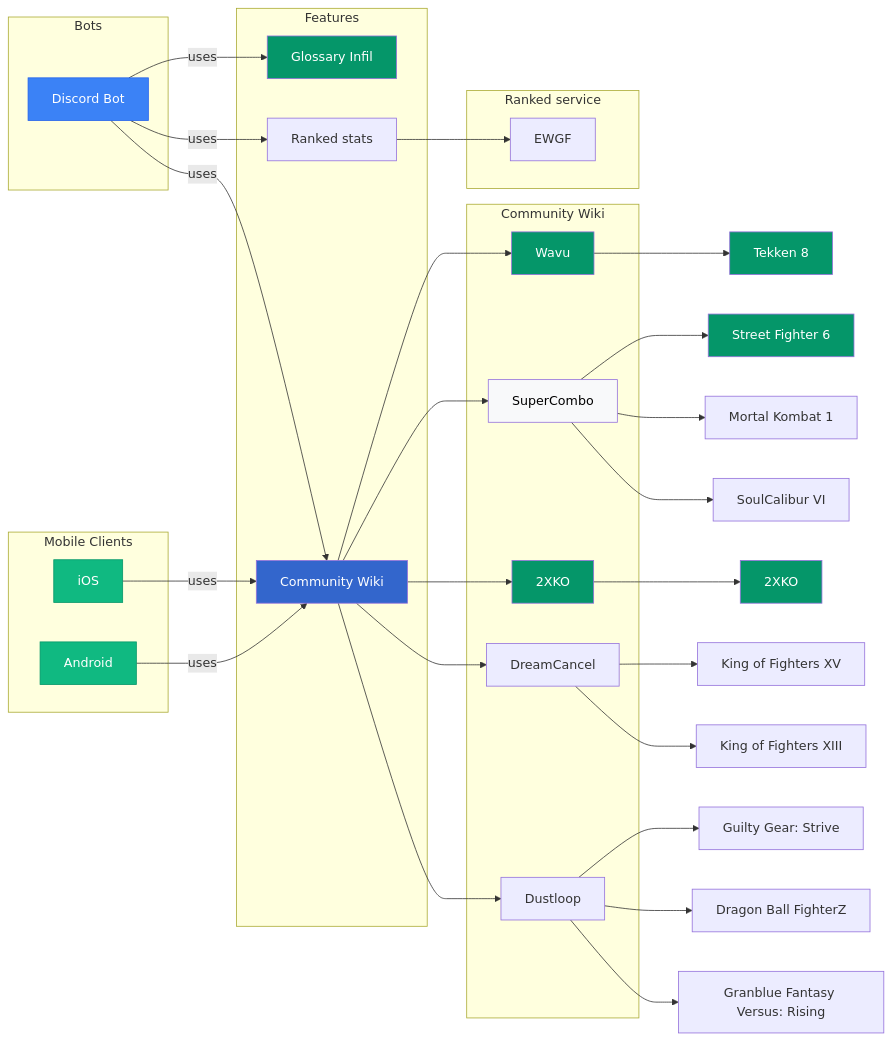
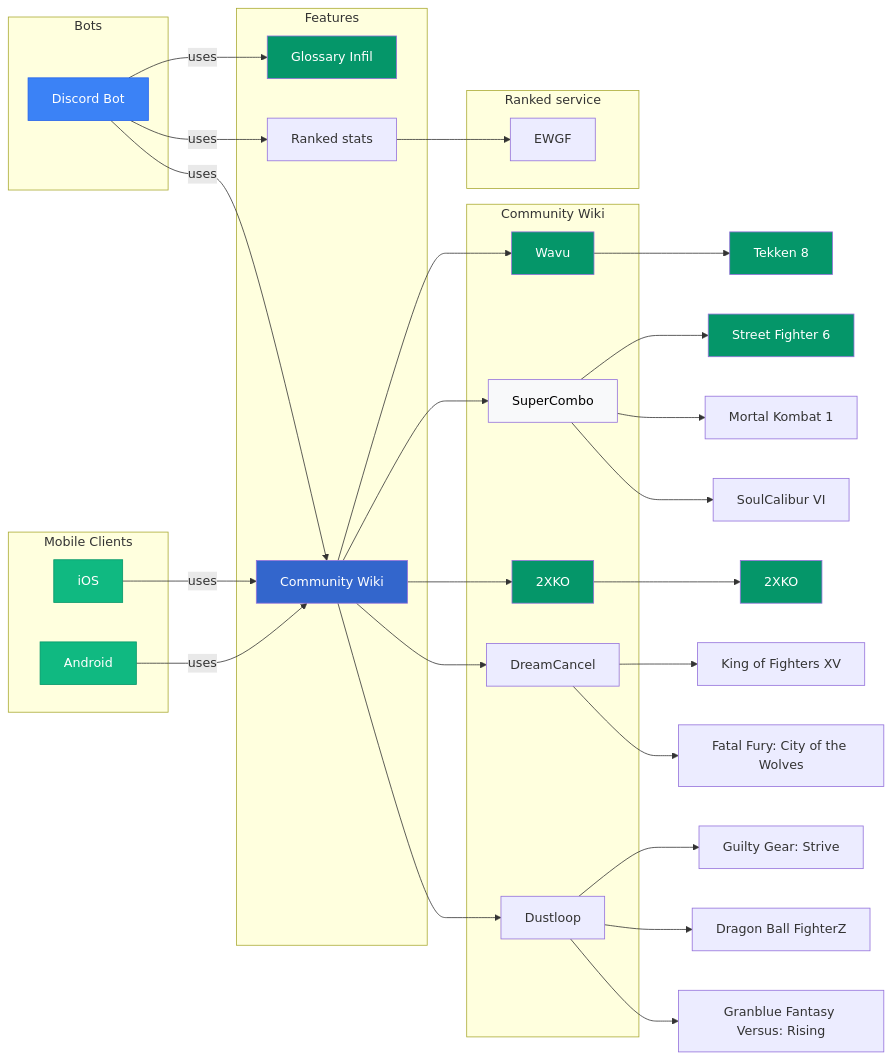
The diagram in README.md (Sophon/FightingNerd), drawn with Mermaid before and after one commit. The commit also changed 1 other file, not shown here.

Commit message:
doc (readme): content

````diff
--- a/README.md
+++ b/README.md
@@ -22,68 +22,68 @@
 ```mermaid
 graph LR
   subgraph Bots
     discordBot[Discord Bot]
   end
 
   subgraph "Mobile Clients"
     android[Android]
     iOS[iOS]
   end
 
   subgraph Features
     glossaryInfil[Glossary Infil]
     communityWiki[Community Wiki]
     elo[Ranked stats]
   end
 
   subgraph Community Wiki
     wikiWavu[Wavu]
     supercombo[SuperCombo]
     2xko[2XKO]
     dustloop[Dustloop]
     dreamcancel[DreamCancel]
   end
 
   subgraph Ranked service
     ewgf[EWGF]
   end
 
   android -->|uses| communityWiki
   iOS -->|uses| communityWiki
 
   discordBot -->|uses| glossaryInfil
   discordBot -->|uses| communityWiki
   discordBot -->|uses| elo
 
   communityWiki --> wikiWavu
   communityWiki --> supercombo
   communityWiki --> 2xko
   communityWiki --> dreamcancel
   communityWiki --> dustloop
 
   elo --> ewgf
 
   wikiWavu --> t8[Tekken 8]
   supercombo --> sf6[Street Fighter 6]
   supercombo --> mk1[Mortal Kombat 1]
   supercombo --> sc6[SoulCalibur VI]
   dustloop --> ggst[Guilty Gear: Strive]
   dustloop --> dbfz[Dragon Ball FighterZ]
   dustloop --> gbvsr[Granblue Fantasy Versus: Rising]
   2xko --> xko[2XKO]
   dreamcancel --> kof15[King of Fighters XV]
-  dreamcancel --> kof13[King of Fighters XIII]
+  dreamcancel --> cotw[Fatal Fury: City of the Wolves]
 
 
   style discordBot fill:#3B82F6,stroke:#2563EB,color:#fff
   style android fill:#10B981,stroke:#059669,color:#fff
   style iOS fill:#10B981,stroke:#059669,color:#fff
   style glossaryInfil fill:#059669,color:#fff
   style communityWiki fill:#3366CC,color:#fff
   style wikiWavu fill:#059669,color:#fff
   style supercombo fill:#F8F9FA,color:#000000
   style 2xko fill:#059669,color:#fff
   style t8 fill:#059669, color:#fff
   style sf6 fill:#059669, color:#fff
   style xko fill:#059669, color:#fff
 ```
````
